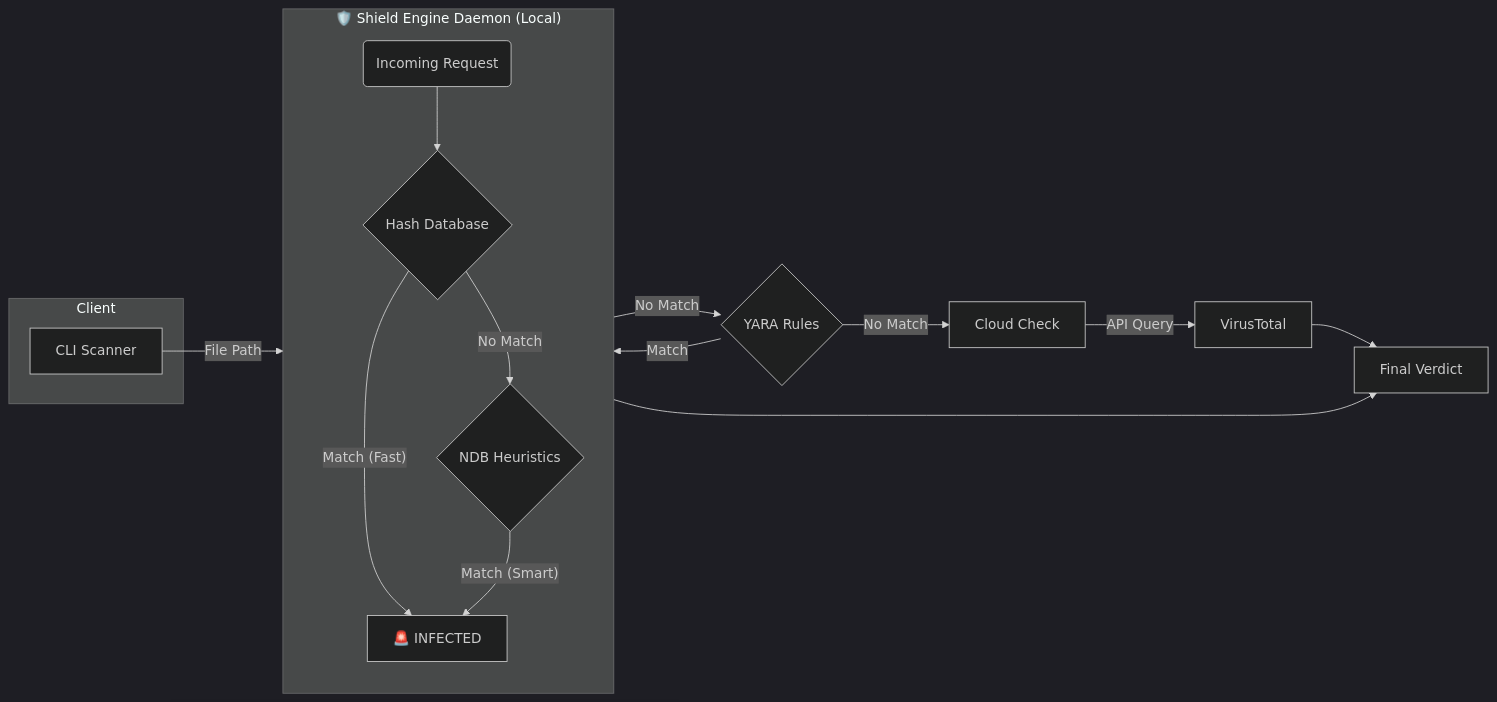
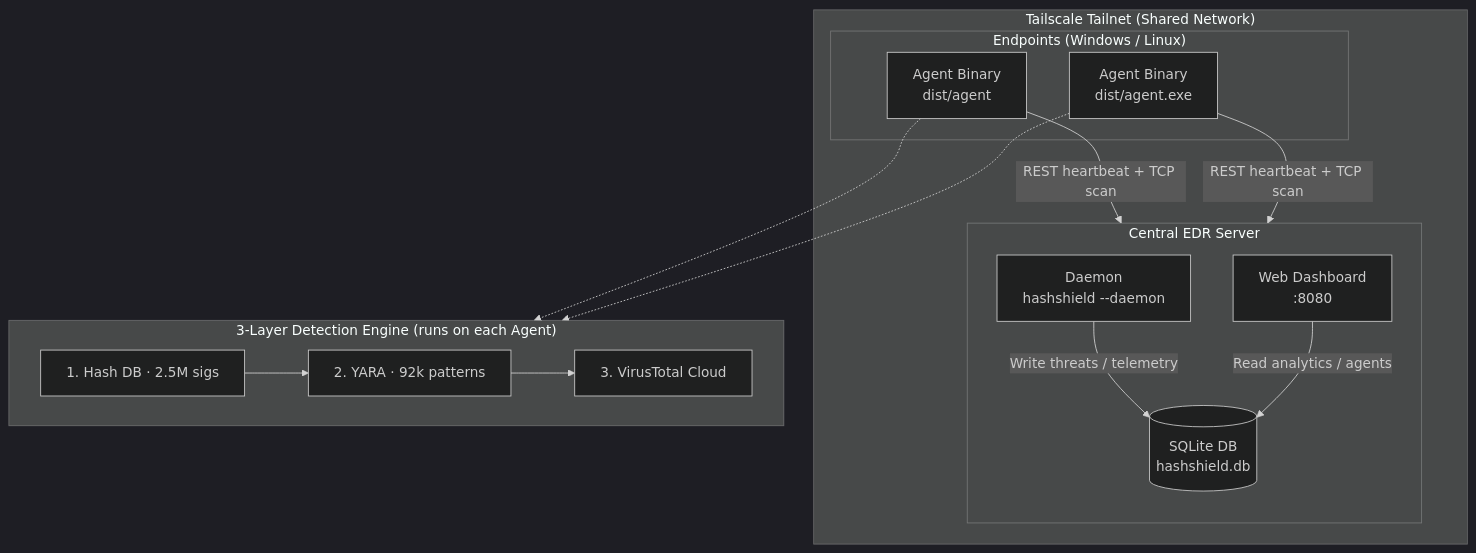
One commit to VelkaRepo/HashShield changed the diagram in README.md. Above: the diagram before and after it, drawn with Mermaid (dark theme). The commit also changed other lines of this file, not shown here.

````diff
--- a/README.md
+++ b/README.md
@@ -40,22 +72,31 @@
 ```mermaid
-graph LR
-    subgraph Client
-        A[CLI Scanner]
-    end
-    
-    subgraph Server_Daemon ["🛡️ Shield Engine Daemon (Local)"]
-        direction TB
-        B(Incoming Request) --> C{Hash Database};
-        C -- Match (Fast) --> D[🚨 INFECTED];
-        C -- No Match --> E{NDB Heuristics};
-        E -- Match (Smart) --> D;
+graph TD
+    subgraph Tailnet ["Tailscale Tailnet (Shared Network)"]
+        subgraph Endpoints ["Endpoints (Windows / Linux)"]
+            A[Agent Binary<br/>dist/agent]
+            B[Agent Binary<br/>dist/agent.exe]
+        end
+
+        subgraph Server ["Central EDR Server"]
+            direction TB
+            C[Daemon<br/>hashshield --daemon]
+            D[(SQLite DB<br/>hashshield.db)]
+            E[Web Dashboard<br/>:8080]
+            C -- Write threats / telemetry --> D
+            E -- Read analytics / agents --> D
+        end
+
+        A -- REST heartbeat + TCP scan --> C
+        B -- REST heartbeat + TCP scan --> C
     end
 
-    A -->|File Path| B
-    E -- No Match --> F{YARA Rules};
-    F -- Match --> D;
-    F -- No Match --> G[Cloud Check];
-    G -->|API Query| H[VirusTotal];
-    H --> I[Final Verdict];
-    D --> I;
+    subgraph Detection ["3-Layer Detection Engine (runs on each Agent)"]
+        F[1. Hash DB · 2.5M sigs]
+        G[2. YARA · 92k patterns]
+        H[3. VirusTotal Cloud]
+        F --> G --> H
+    end
+
+    A -.-> Detection
+    B -.-> Detection
 ```
````
